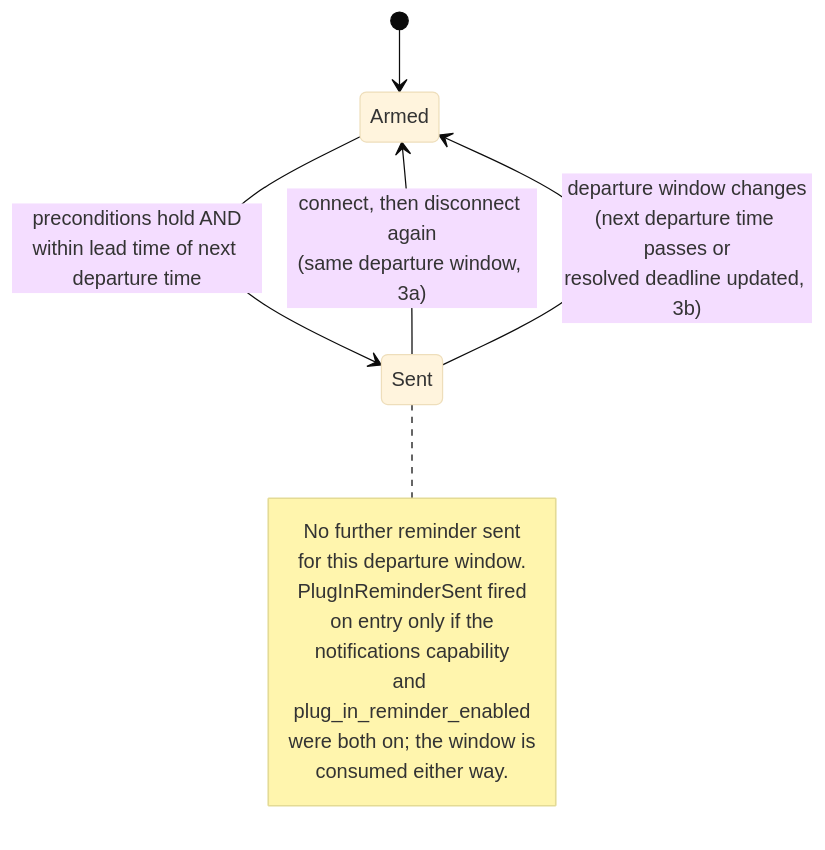
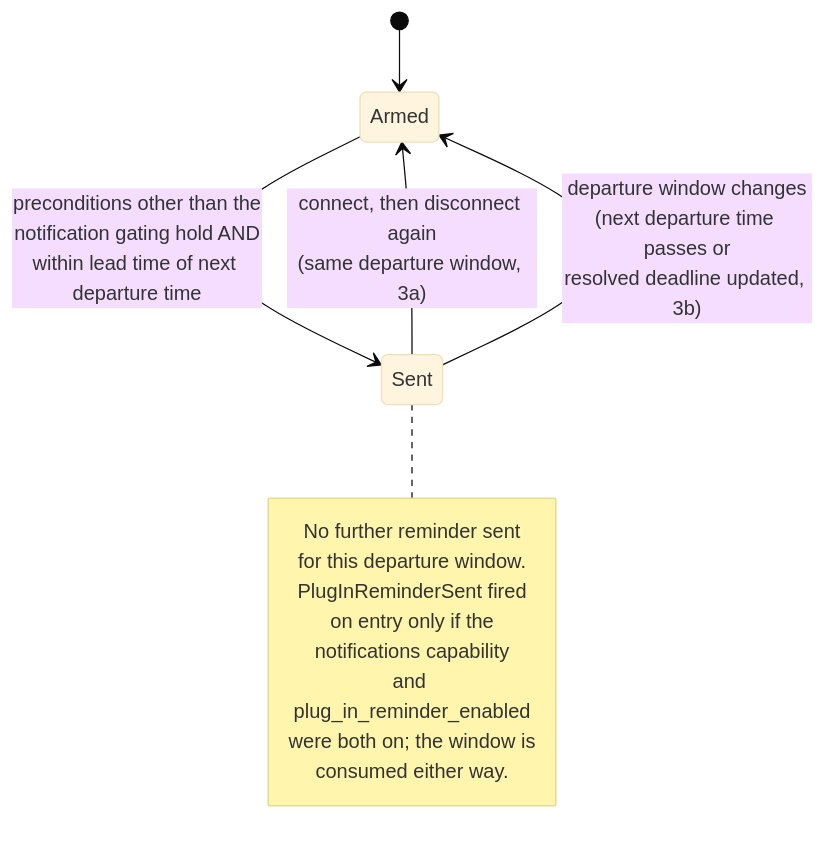
One commit to kristofdegrave/homeassistant-smart-charging changed the diagram in docs/analysis/use-cases/UC10-remind-to-plug-in.md. Above: the diagram before and after it, drawn with Mermaid (base theme). The commit also changed other lines of this file, not shown here.

````diff
--- a/docs/analysis/use-cases/UC10-remind-to-plug-in.md
+++ b/docs/analysis/use-cases/UC10-remind-to-plug-in.md
@@ -96,17 +99,17 @@
 ```mermaid
 stateDiagram-v2
     [*] --> Armed
-    Armed --> Sent: preconditions hold AND<br/>within lead time of next departure time
+    Armed --> Sent: preconditions other than the<br/>notification gating hold AND<br/>within lead time of next departure time
     Sent --> Armed: connect, then disconnect again<br/>(same departure window, 3a)
     Sent --> Armed: departure window changes<br/>(next departure time passes or<br/>resolved deadline updated, 3b)
     note right of Sent
         No further reminder sent
         for this departure window.
         PlugInReminderSent fired
         on entry only if the
         notifications capability
         and plug_in_reminder_enabled
         were both on; the window is
         consumed either way.
     end note
 ```
````
